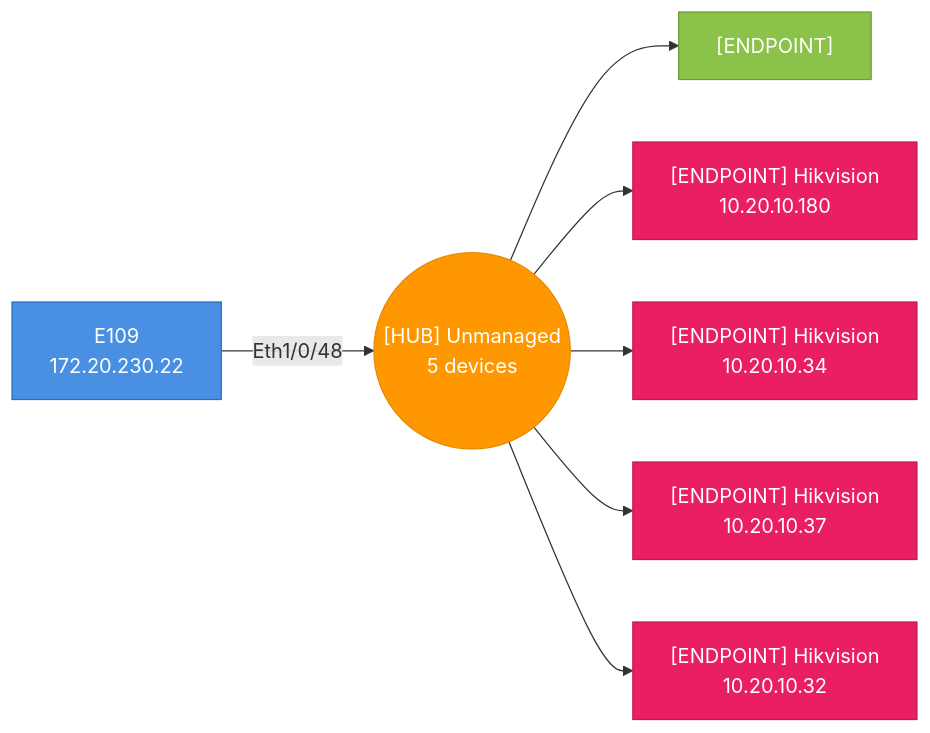
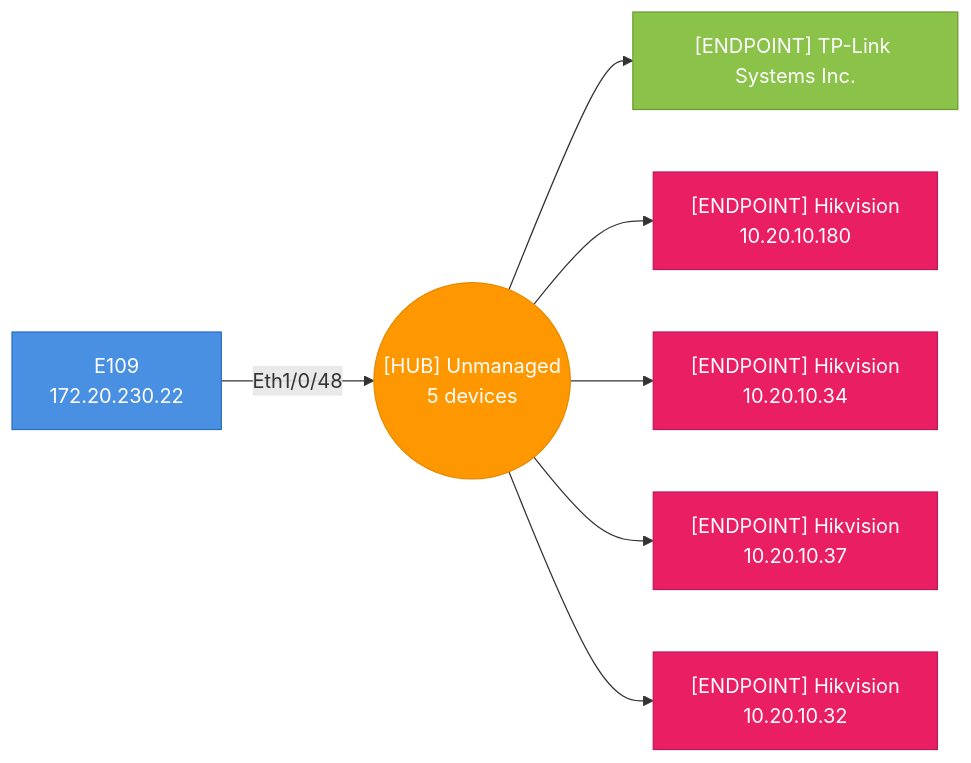
Before and after one commit to djamic/LLDP-Skanner-Go: diagram 21 of 38 in testdata/golden/audit_default.md, drawn with Mermaid. The commit also changed other lines of this file and 11 other files, not shown here.

````diff
--- a/testdata/golden/audit_default.md
+++ b/testdata/golden/audit_default.md
@@ -1752,23 +1742,23 @@
 ```mermaid
 graph LR
   hub_f8f0827ad969_p48(("[HUB] Unmanaged<br>5 devices"))
   f8f0827ad969["E109<br>172.20.230.22"]
   f8f0827ad969-- "Eth1/0/48" -->hub_f8f0827ad969_p48
   style f8f0827ad969 fill:#4A90E2,stroke:#2A6FC2,color:#fff
-  8c902d4f5c93["[ENDPOINT]"]
+  8c902d4f5c93["[ENDPOINT] TP-Link Systems Inc."]
   hub_f8f0827ad969_p48-->8c902d4f5c93
   style 8c902d4f5c93 fill:#8BC34A,stroke:#6B9F30,color:#fff
   bc9b5e476221["[ENDPOINT] Hikvision<br>10.20.10.180"]
   hub_f8f0827ad969_p48-->bc9b5e476221
   style bc9b5e476221 fill:#E91E63,stroke:#C2185B,color:#fff
   bc9b5e476224["[ENDPOINT] Hikvision<br>10.20.10.34"]
   hub_f8f0827ad969_p48-->bc9b5e476224
   style bc9b5e476224 fill:#E91E63,stroke:#C2185B,color:#fff
   bc9b5e476339["[ENDPOINT] Hikvision<br>10.20.10.37"]
   hub_f8f0827ad969_p48-->bc9b5e476339
   style bc9b5e476339 fill:#E91E63,stroke:#C2185B,color:#fff
   bc9b5e47669d["[ENDPOINT] Hikvision<br>10.20.10.32"]
   hub_f8f0827ad969_p48-->bc9b5e47669d
   style bc9b5e47669d fill:#E91E63,stroke:#C2185B,color:#fff
   style hub_f8f0827ad969_p48 fill:#FF9800,stroke:#E68A00,color:#fff
 ```
````
